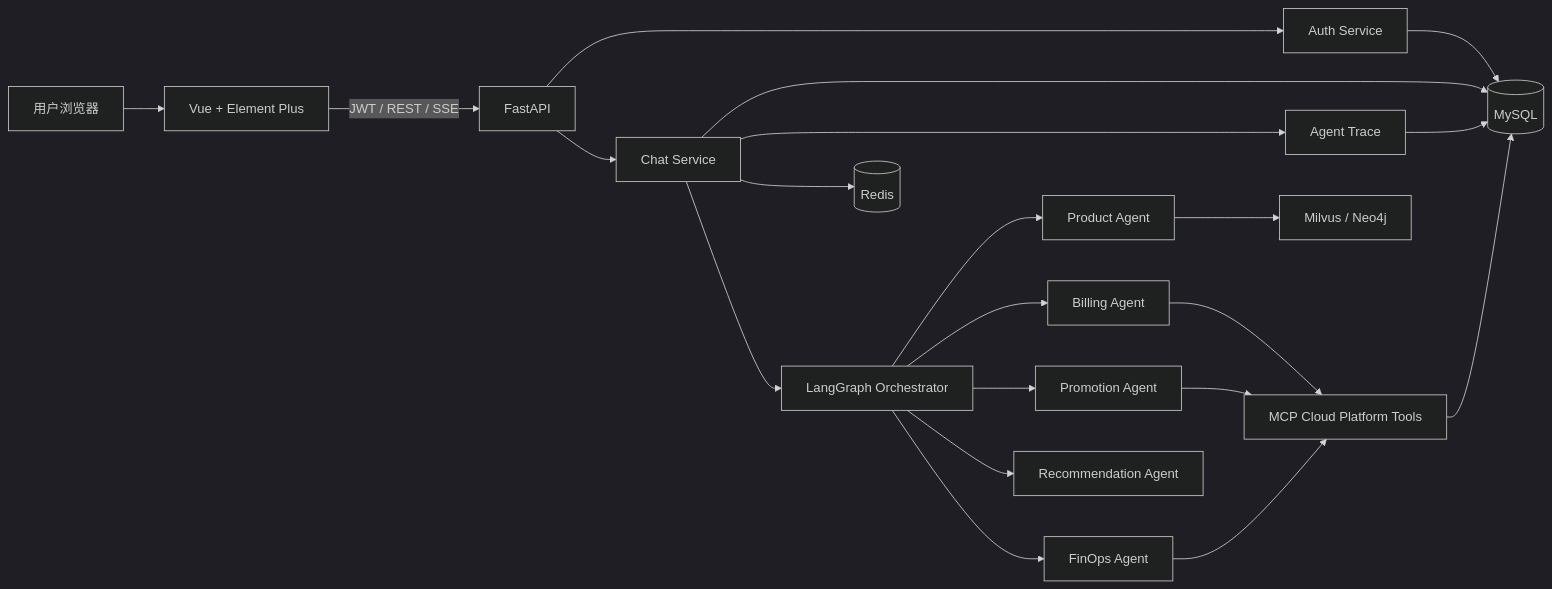
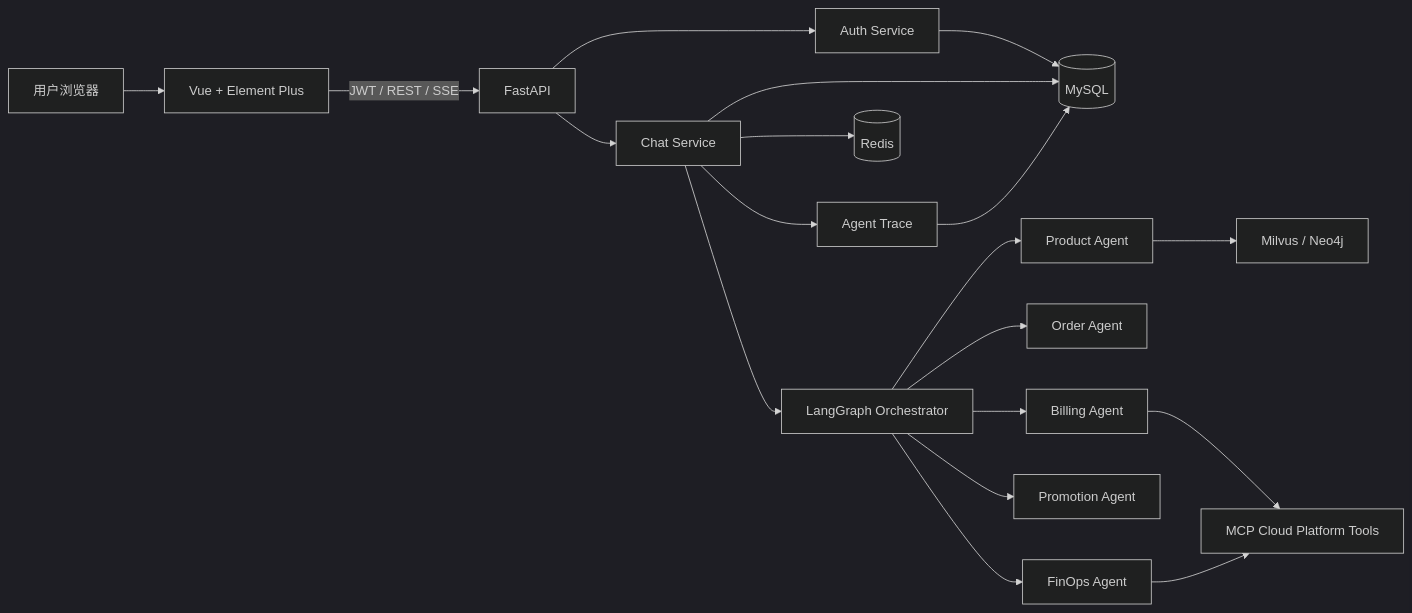
Before and after one commit to Mrlfighting/cloudagent: the first of 2 diagrams in README.md, drawn with Mermaid (dark theme). The commit also changed other lines of this file and 1 other file, not shown here.

````diff
--- a/README.md
+++ b/README.md
@@ -26,23 +24,21 @@
 ```mermaid
 flowchart LR
   U[用户浏览器] --> W[Vue + Element Plus]
   W -->|JWT / REST / SSE| API[FastAPI]
   API --> AUTH[Auth Service]
   API --> CHAT[Chat Service]
   AUTH --> DB[(MySQL)]
   CHAT --> DB
   CHAT --> TRACE[Agent Trace]
   TRACE --> DB
   CHAT --> CACHE[(Redis)]
   CHAT --> GRAPH[LangGraph Orchestrator]
   GRAPH --> PRODUCT[Product Agent]
+  GRAPH --> ORDER[Order Agent]
   GRAPH --> BILLING[Billing Agent]
   GRAPH --> PROMO[Promotion Agent]
-  GRAPH --> REC[Recommendation Agent]
   GRAPH --> FINOPS[FinOps Agent]
   BILLING --> MCP[MCP Cloud Platform Tools]
-  PROMO --> MCP
   FINOPS --> MCP
   PRODUCT --> RAG[Milvus / Neo4j]
-  MCP --> DB
 ```
````
